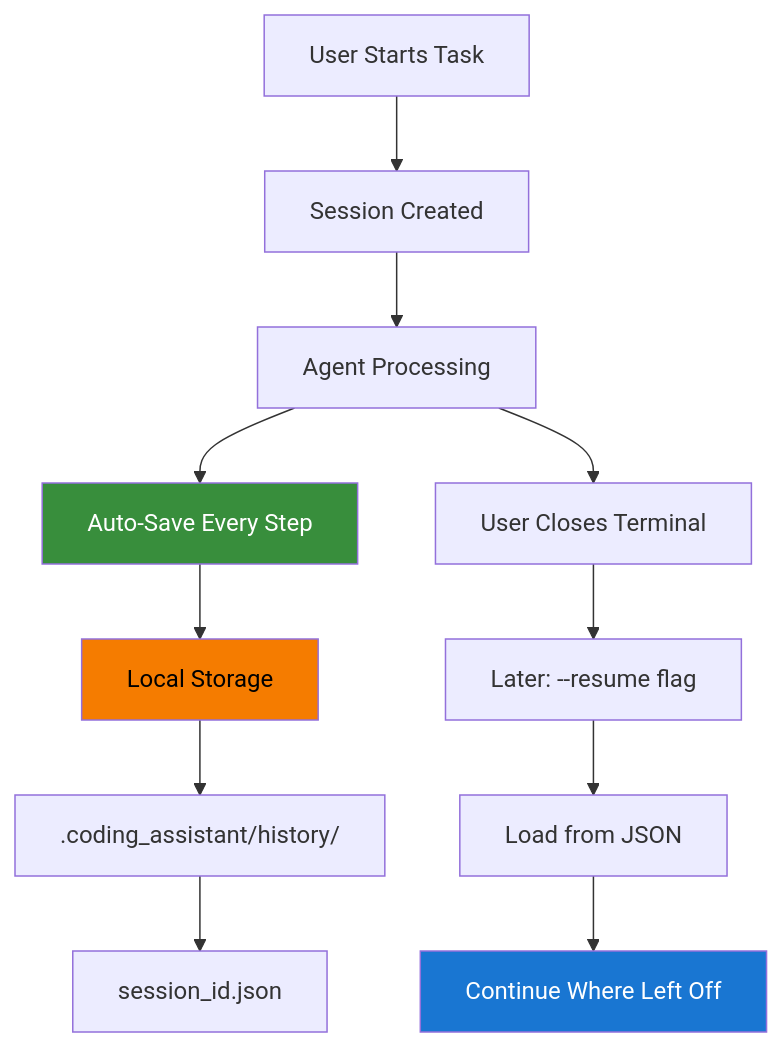
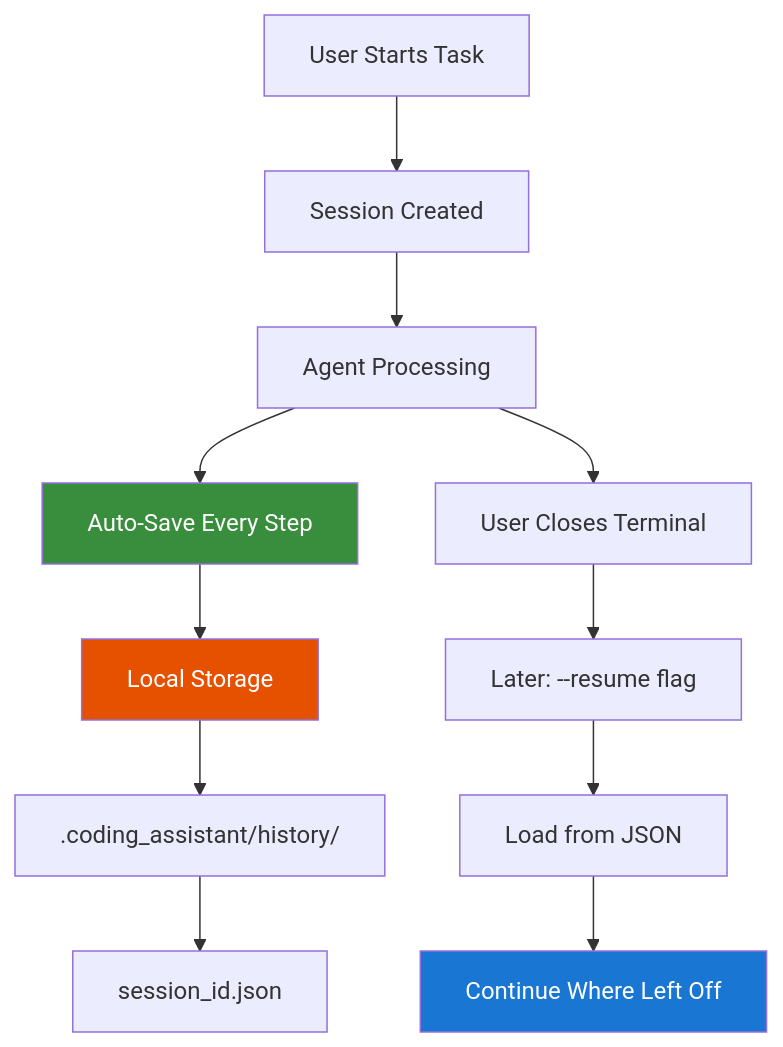
Before and after one commit to fwornle/agentic-ai-nano: the eighth of 15 diagrams in docs-content/01_frameworks/Session1_ModuleD_Coding_Assistant_Case_Study.md, drawn with Mermaid. The commit also changed other lines of this file, not shown here.

````diff
--- a/docs-content/01_frameworks/Session1_ModuleD_Coding_Assistant_Case_Study.md
+++ b/docs-content/01_frameworks/Session1_ModuleD_Coding_Assistant_Case_Study.md
@@ -471,19 +471,19 @@
 ```mermaid
 graph TD
     U[User Starts Task] --> S[Session Created]
     S --> A[Agent Processing]
     A --> SAVE[Auto-Save Every Step]
     
     SAVE --> STORAGE[Local Storage]
     STORAGE --> SESSION[.coding_assistant/history/]
     SESSION --> JSON[session_id.json]
     
     A --> INTERRUPT[User Closes Terminal]
     INTERRUPT --> RESUME[Later: --resume flag]
     RESUME --> LOAD[Load from JSON]
     LOAD --> CONTINUE[Continue Where Left Off]
     
     style SAVE fill:#388E3C,color:#ffffff
-    style STORAGE fill:#F57C00,color:#000000
+    style STORAGE fill:#E65100,color:#ffffff
     style CONTINUE fill:#1976D2,color:#ffffff
 ```
````
